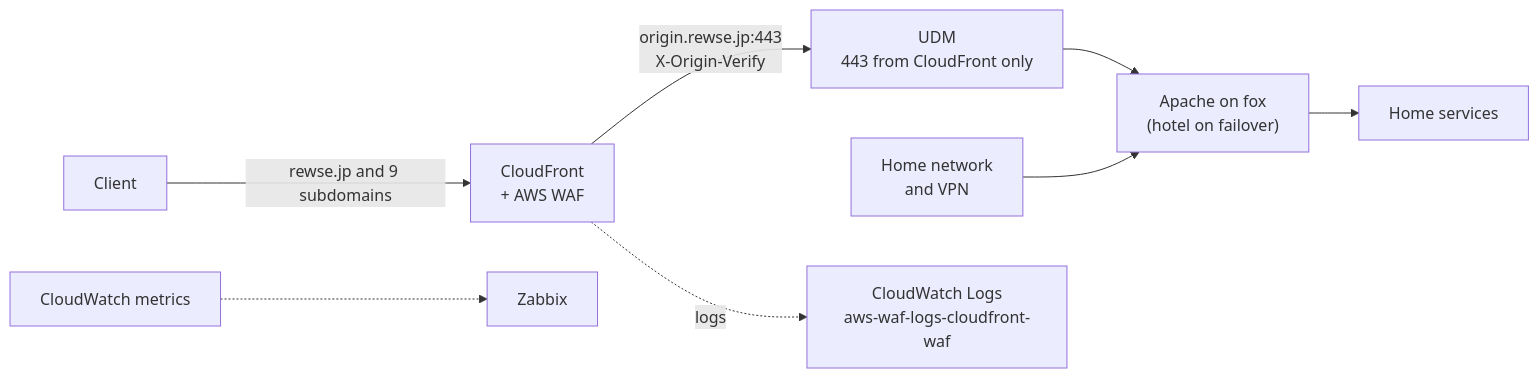
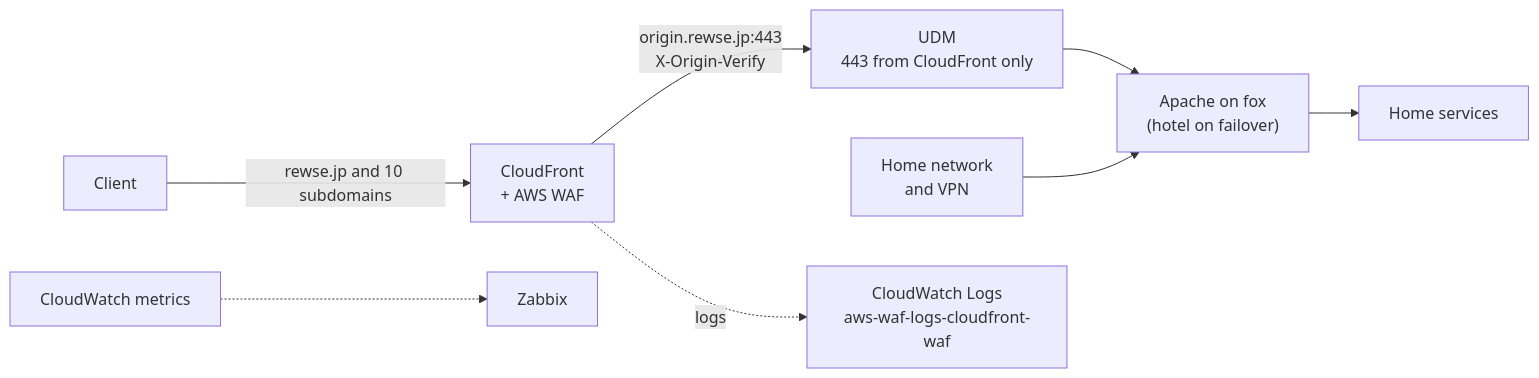
The diagram in README.md (rewse/cloudfront-waf), drawn with Mermaid before and after one commit. The commit also changed other lines of this file and 5 other files, not shown here.

First line of the commit message:
feat: serve zabbix-mcp.rewse.jp through CloudFront

````diff
--- a/README.md
+++ b/README.md
@@ -7,10 +7,10 @@
 ```mermaid
 flowchart LR
-  client[Client] -->|"rewse.jp and 9 subdomains"| cf["CloudFront<br/>+ AWS WAF"]
+  client[Client] -->|"rewse.jp and 10 subdomains"| cf["CloudFront<br/>+ AWS WAF"]
   cf -->|"origin.rewse.jp:443<br/>X-Origin-Verify"| udm["UDM<br/>443 from CloudFront only"]
   udm --> apache["Apache on fox<br/>(hotel on failover)"]
   apache --> apps[Home services]
   home["Home network<br/>and VPN"] --> apache
   cf -.->|logs| logs["CloudWatch Logs<br/>aws-waf-logs-cloudfront-waf"]
   cw[CloudWatch metrics] -.-> zabbix[Zabbix]
 ```
````
